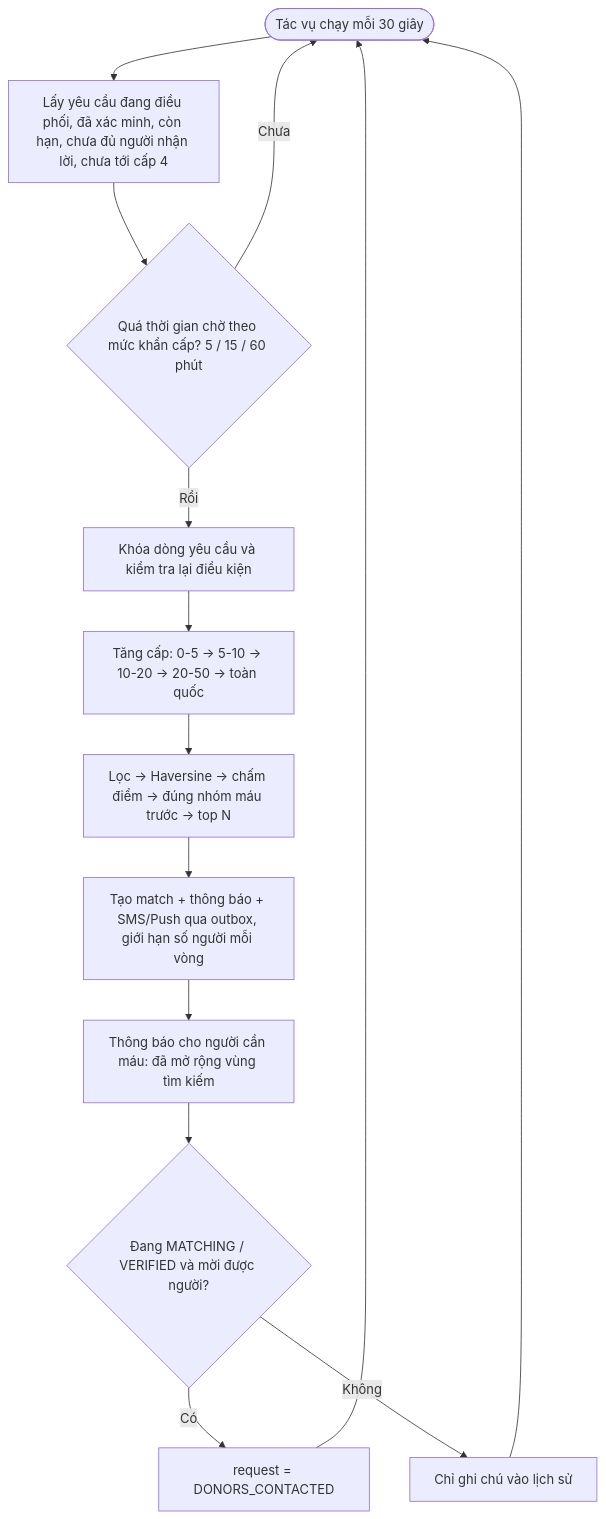
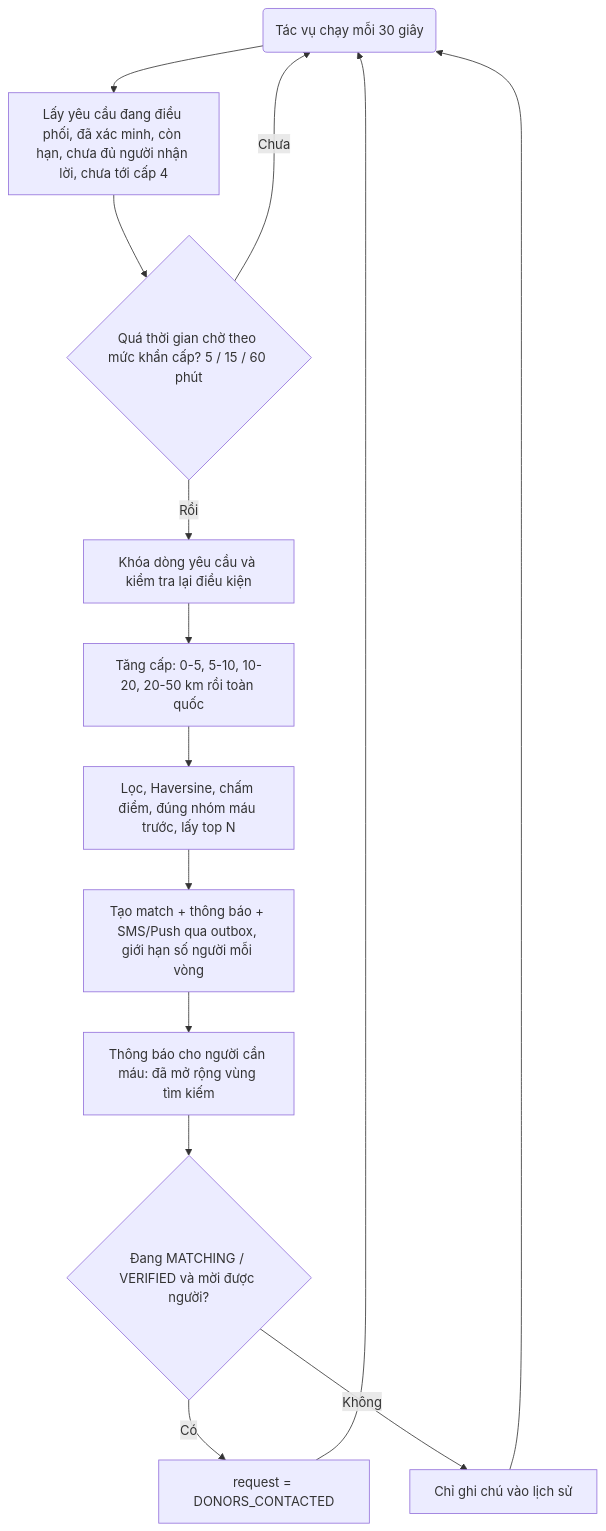
One commit to nhungoc260/lifely_demo changed diagram 17 of 18 in docs/ARCHITECTURE.md. Above: the diagram before and after it, drawn with Mermaid. The commit also changed other lines of this file, not shown here.

Commit message:
fix architecture

````diff
--- a/docs/ARCHITECTURE.md
+++ b/docs/ARCHITECTURE.md
@@ -792,14 +924,16 @@
 ```mermaid
 flowchart TD
-  S(["Tác vụ chạy mỗi 30 giây"]) --> R["Lấy yêu cầu đang điều phối, đã xác minh, còn hạn, chưa đủ người nhận lời, chưa tới cấp 4"]
+  S("Tác vụ chạy mỗi 30 giây") --> R["Lấy yêu cầu đang điều phối, đã xác minh, còn hạn, chưa đủ người nhận lời, chưa tới cấp 4"]
   R --> D{"Quá thời gian chờ theo mức khẩn cấp? 5 / 15 / 60 phút"}
   D -- "Chưa" --> S
   D -- "Rồi" --> U["Khóa dòng yêu cầu và kiểm tra lại điều kiện"]
-  U --> L["Tăng cấp: 0-5 → 5-10 → 10-20 → 20-50 → toàn quốc"]
-  L --> M["Lọc → Haversine → chấm điểm → đúng nhóm máu trước → top N"]
+  U --> L["Tăng cấp: 0-5, 5-10, 10-20, 20-50 km rồi toàn quốc"]
+  L --> M["Lọc, Haversine, chấm điểm, đúng nhóm máu trước, lấy top N"]
   M --> C["Tạo match + thông báo + SMS/Push qua outbox, giới hạn số người mỗi vòng"]
   C --> T["Thông báo cho người cần máu: đã mở rộng vùng tìm kiếm"]
   T --> ST{"Đang MATCHING / VERIFIED và mời được người?"}
-  ST -- "Có" --> DC["request = DONORS_CONTACTED"] --> S
-  ST -- "Không" --> NT["Chỉ ghi chú vào lịch sử"] --> S
+  ST -- "Có" --> DC["request = DONORS_CONTACTED"]
+  DC --> S
+  ST -- "Không" --> NT["Chỉ ghi chú vào lịch sử"]
+  NT --> S
 ```
````
